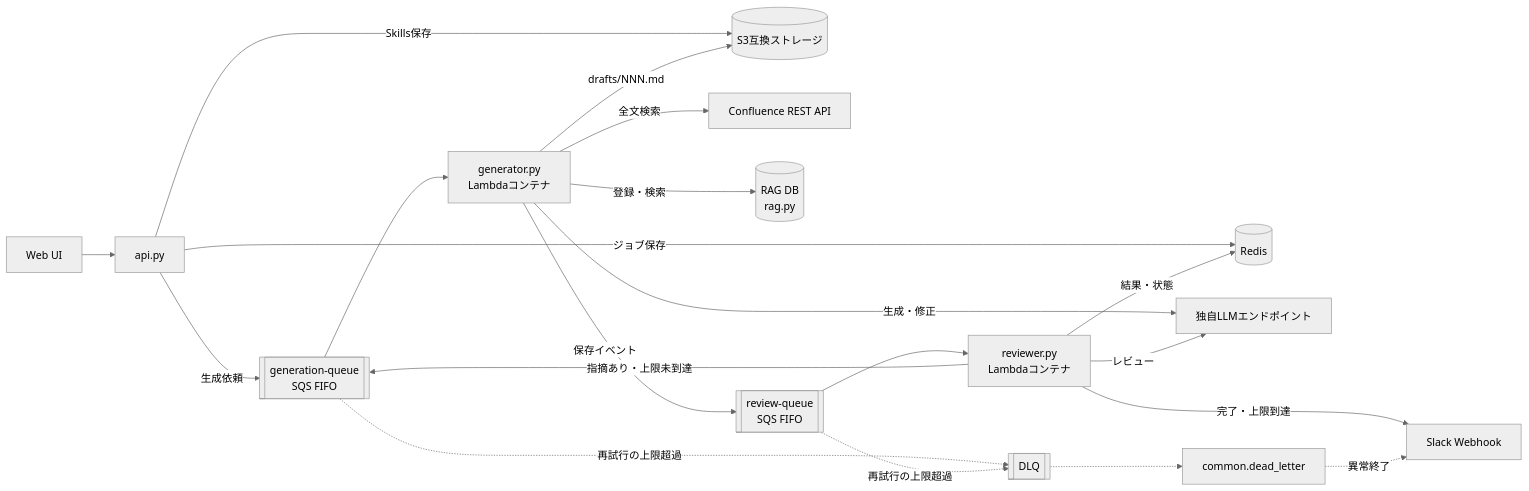
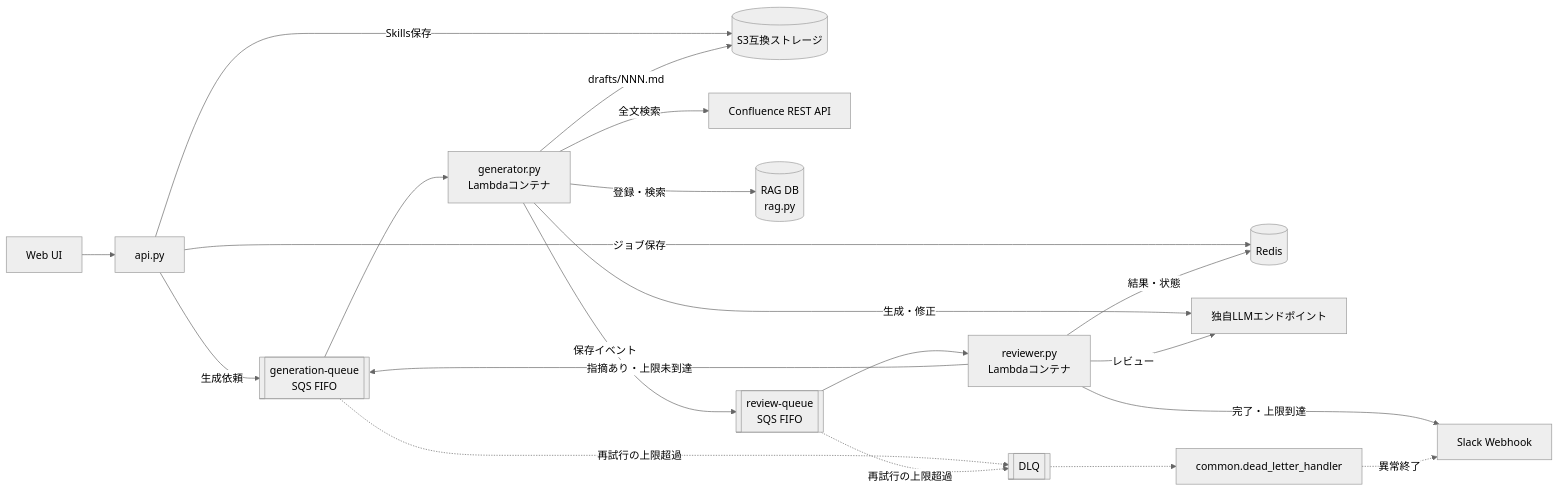
One commit to maronnjapan/gen-document-automation changed the diagram in README.md. Above: the diagram before and after it, drawn with Mermaid (neutral theme). The commit also changed other lines of this file and 16 other files, not shown here.

````diff
--- a/README.md
+++ b/README.md
@@ -10,19 +10,19 @@
 ```mermaid
 flowchart LR
   UI[Web UI] --> API[api.py]
   API -->|ジョブ保存| Redis[(Redis)]
   API -->|Skills保存| S3[(S3互換ストレージ)]
   API -->|生成依頼| GQ[[generation-queue<br/>SQS FIFO]]
   GQ --> GEN[generator.py<br/>Lambdaコンテナ]
   GEN -->|全文検索| CF[Confluence REST API]
   GEN -->|登録・検索| RAG[(RAG DB<br/>rag.py)]
   GEN -->|生成・修正| LLM[独自LLMエンドポイント]
   GEN -->|drafts/NNN.md| S3
   GEN -->|保存イベント| RQ[[review-queue<br/>SQS FIFO]]
   RQ --> REV[reviewer.py<br/>Lambdaコンテナ]
   REV -->|レビュー| LLM
   REV -->|結果・状態| Redis
   REV -->|指摘あり・上限未到達| GQ
   REV -->|完了・上限到達| SL[Slack Webhook]
-  GQ & RQ -.->|再試行の上限超過| DLQ[[DLQ]] -.-> DL[common.dead_letter] -.->|異常終了| SL
+  GQ & RQ -.->|再試行の上限超過| DLQ[[DLQ]] -.-> DL[common.dead_letter_handler] -.->|異常終了| SL
 ```
````
